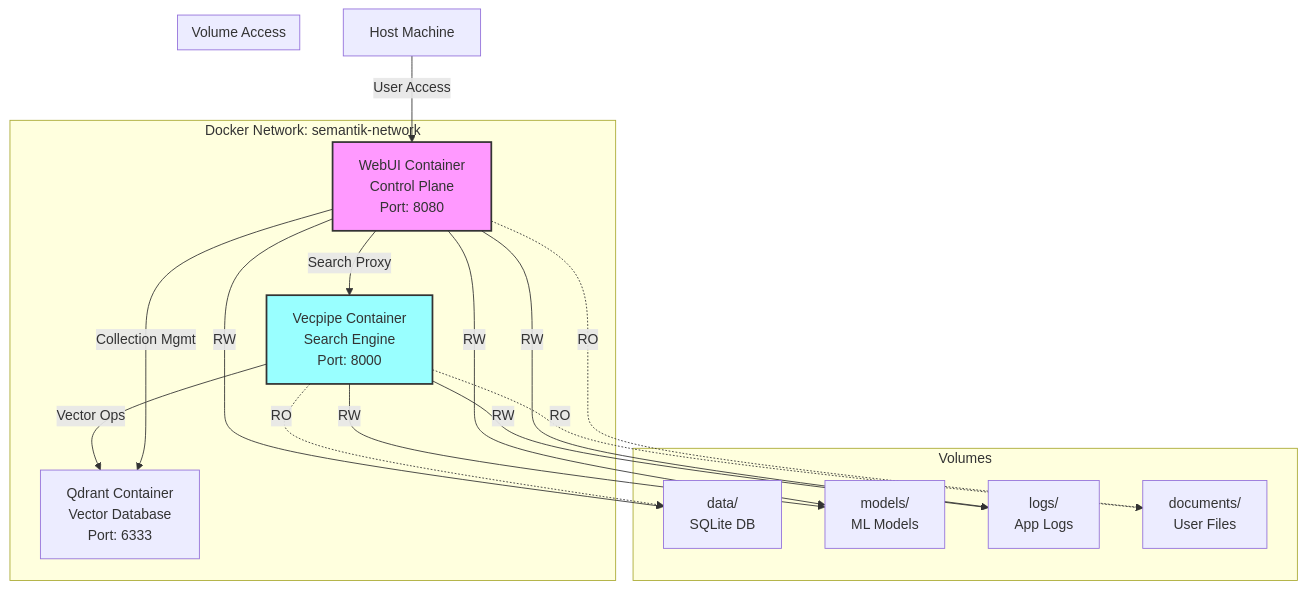
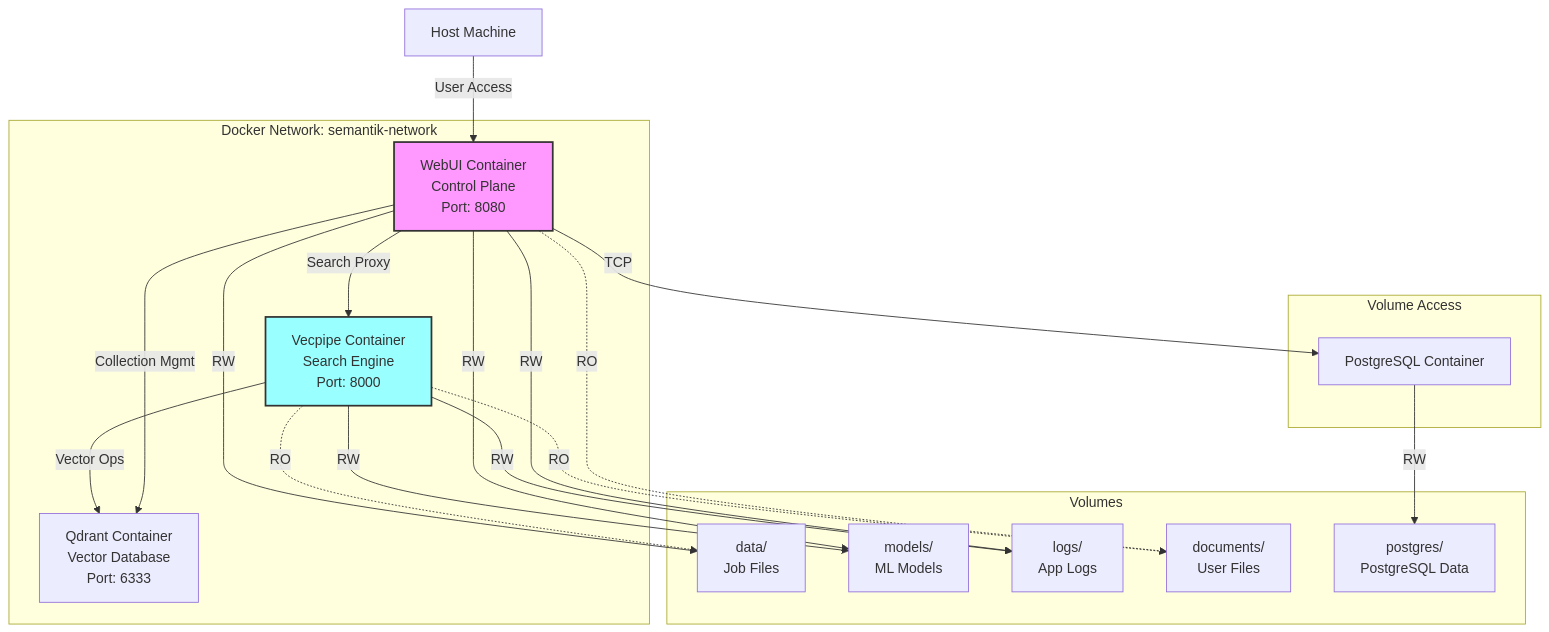
One commit to jbmiller10/semantik changed the diagram in docs/DOCKER.md. Above: the diagram before and after it, drawn with Mermaid. The commit also changed other lines of this file and 90 other files, not shown here.

````diff
--- a/docs/DOCKER.md
+++ b/docs/DOCKER.md
@@ -21,35 +21,38 @@
 ```mermaid
 graph TB
     subgraph "Docker Network: semantik-network"
         A[Qdrant Container<br/>Vector Database<br/>Port: 6333]
         B[Vecpipe Container<br/>Search Engine<br/>Port: 8000]
         C[WebUI Container<br/>Control Plane<br/>Port: 8080]
         
         C -->|Search Proxy| B
         B -->|Vector Ops| A
         C -->|Collection Mgmt| A
     end
     
     D[Host Machine] -->|User Access| C
     
     subgraph "Volumes"
-        E[data/<br/>SQLite DB]
+        E[data/<br/>Job Files]
         F[models/<br/>ML Models]
         G[logs/<br/>App Logs]
         H[documents/<br/>User Files]
+        I[postgres/<br/>PostgreSQL Data]
     end
     
     subgraph "Volume Access"
         C -->|RW| E
         B -.->|RO| E
         B -->|RW| F
         C -->|RW| F
         B -->|RW| G
         C -->|RW| G
         B -.->|RO| H
         C -.->|RO| H
+        J[PostgreSQL Container] -->|RW| I
+        C -->|TCP| J
     end
     
     style C fill:#f9f,stroke:#333,stroke-width:2px
     style B fill:#9ff,stroke:#333,stroke-width:2px
 ```
````
